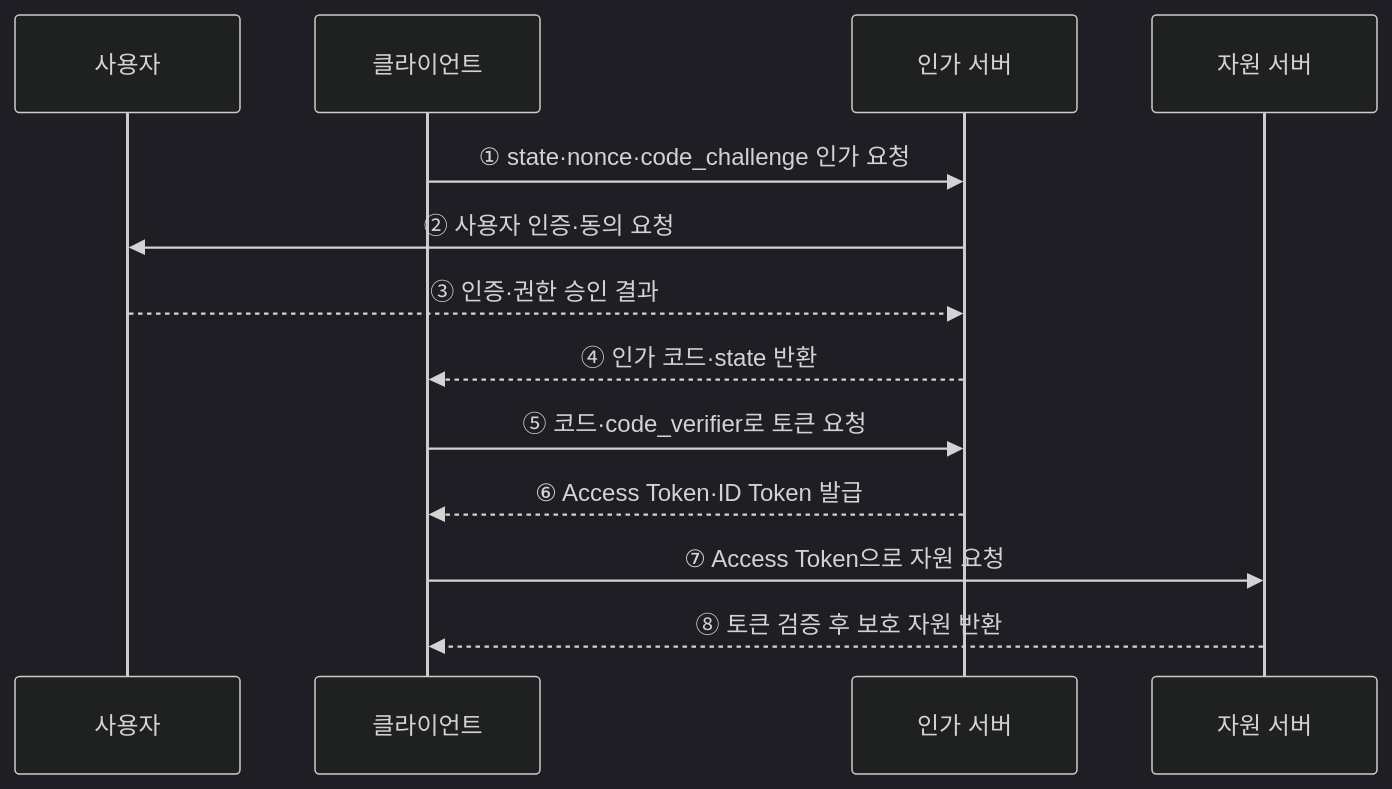
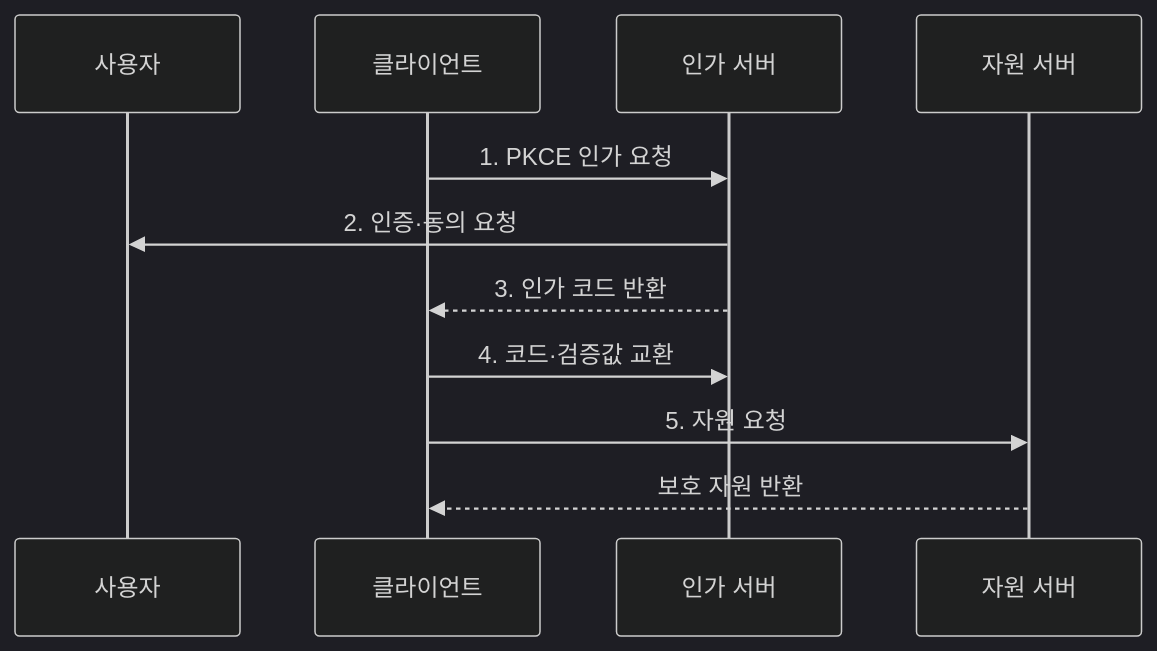
The second of 2 diagrams in src/content/docs/notes/03-software/174_oauth2_oidc.md (agnusdei1207/knowledge-base), drawn with Mermaid (dark theme) before and after one commit. The commit also changed other lines of this file and 20 other files, not shown here.

````diff
--- a/src/content/docs/notes/03-software/174_oauth2_oidc.md
+++ b/src/content/docs/notes/03-software/174_oauth2_oidc.md
@@ -73,15 +85,13 @@
 ```mermaid
 sequenceDiagram
     participant U as 사용자
     participant C as 클라이언트
     participant A as 인가 서버
     participant R as 자원 서버
-    C->>A: ① state·nonce·code_challenge 인가 요청
-    A->>U: ② 사용자 인증·동의 요청
-    U-->>A: ③ 인증·권한 승인 결과
-    A-->>C: ④ 인가 코드·state 반환
-    C->>A: ⑤ 코드·code_verifier로 토큰 요청
-    A-->>C: ⑥ Access Token·ID Token 발급
-    C->>R: ⑦ Access Token으로 자원 요청
-    R-->>C: ⑧ 토큰 검증 후 보호 자원 반환
+    C->>A: 1. PKCE 인가 요청
+    A->>U: 2. 인증·동의 요청
+    A-->>C: 3. 인가 코드 반환
+    C->>A: 4. 코드·검증값 교환
+    C->>R: 5. 자원 요청
+    R-->>C: 보호 자원 반환
 ```
````
